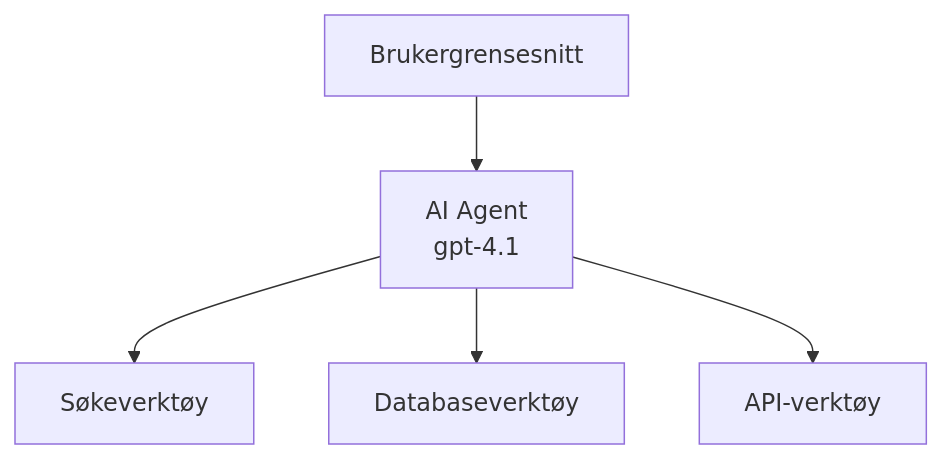
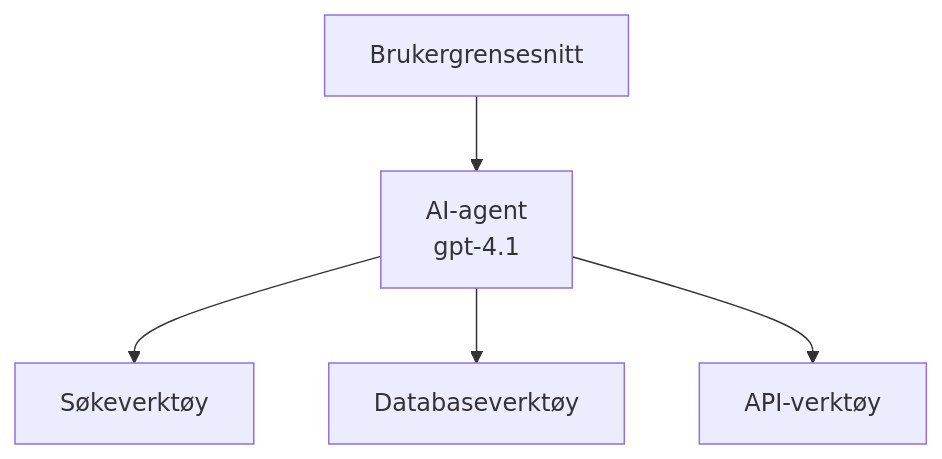
Before and after one commit to microsoft/AZD-for-beginners: the first of 3 diagrams in translations/no/docs/chapter-02-ai-development/agents.md, drawn with Mermaid. The commit also changed other lines of this file and 104 other files, not shown here.

````diff
--- a/translations/no/docs/chapter-02-ai-development/agents.md
+++ b/translations/no/docs/chapter-02-ai-development/agents.md
@@ -157,7 +162,7 @@
 ```mermaid
 graph TD
-    UI[Brukergrensesnitt] --> Agent[AI Agent<br/>gpt-4.1]
+    UI[Brukergrensesnitt] --> Agent[AI-agent<br/>gpt-4.1]
     Agent --> Search[Søkeverktøy]
     Agent --> Database[Databaseverktøy]
     Agent --> API[API-verktøy]
 ```
````
